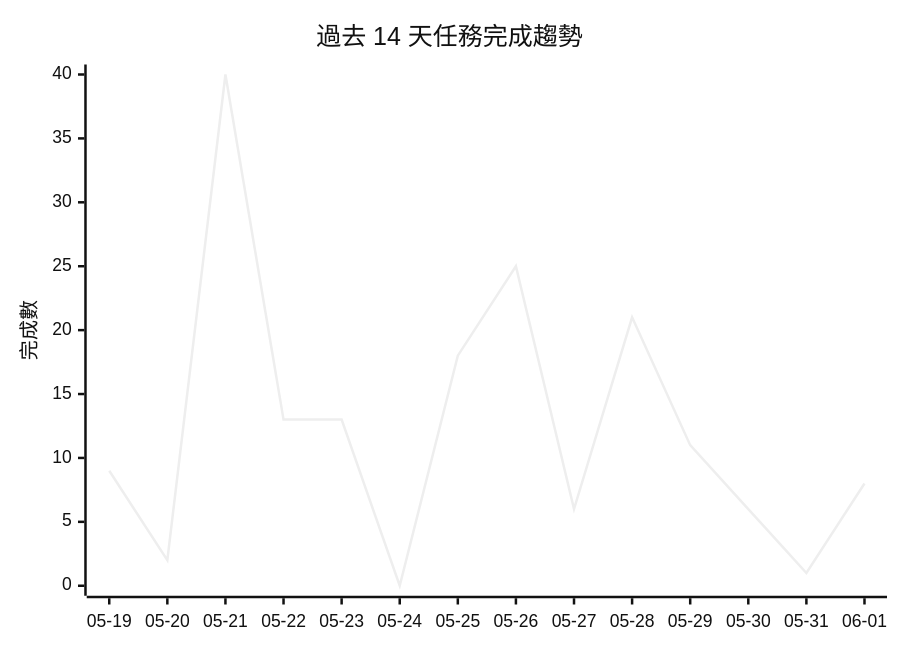
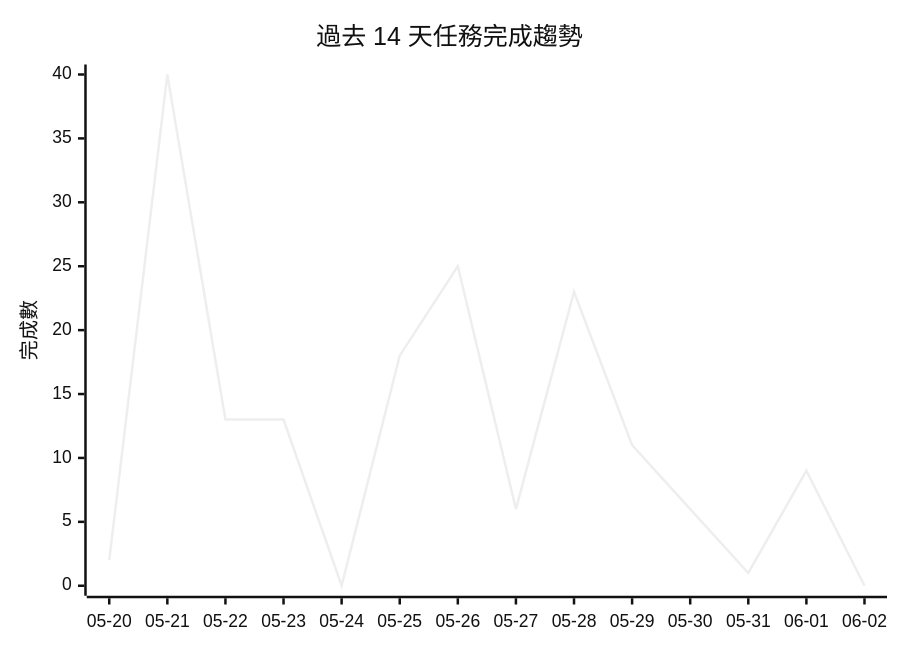
The diagram in README.md (openclawchen8-lgtm/openclawchen8-lgtm), drawn with Mermaid (neutral theme) before and after one commit. The commit also changed other lines of this file, not shown here.

````diff
--- a/README.md
+++ b/README.md
@@ -151,7 +148,7 @@
 ```mermaid
 xychart-beta
     title "過去 14 天任務完成趨勢"
-    x-axis ["05-19", "05-20", "05-21", "05-22", "05-23", "05-24", "05-25", "05-26", "05-27", "05-28", "05-29", "05-30", "05-31", "06-01"]
+    x-axis ["05-20", "05-21", "05-22", "05-23", "05-24", "05-25", "05-26", "05-27", "05-28", "05-29", "05-30", "05-31", "06-01", "06-02"]
     y-axis "完成數" 0 --> 40
-    line [9, 2, 40, 13, 13, 0, 18, 25, 6, 21, 11, 6, 1, 8]
+    line [2, 40, 13, 13, 0, 18, 25, 6, 23, 11, 6, 1, 9, 0]
 ```
````
